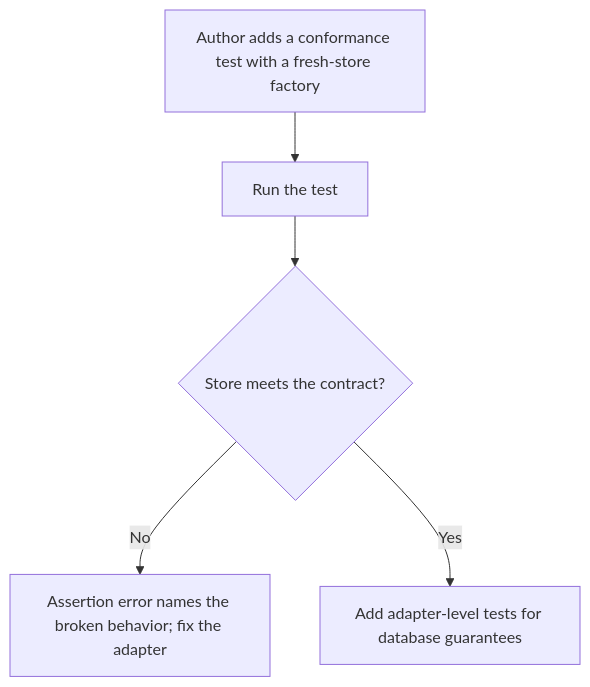
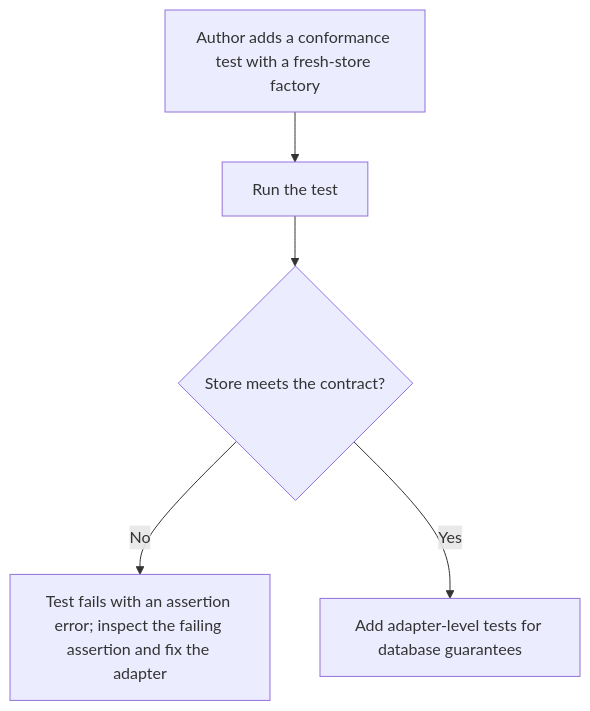
One commit to Kevinjohn/oss-adonisjs-masquerade changed the first of 2 diagrams in user-stories/testing/us-testing-02-verify-control-store.md. Above: the diagram before and after it, drawn with Mermaid. The commit also changed 3 other files, not shown here.

````diff
--- a/user-stories/testing/us-testing-02-verify-control-store.md
+++ b/user-stories/testing/us-testing-02-verify-control-store.md
@@ -21,7 +21,7 @@
 ```mermaid
 flowchart TD
     A["Author adds a conformance test with a fresh-store factory"] --> B["Run the test"]
     B --> C{"Store meets the contract?"}
-    C -->|No| D["Assertion error names the broken behavior; fix the adapter"]
+    C -->|No| D["Test fails with an assertion error; inspect the failing assertion and fix the adapter"]
     C -->|Yes| E["Add adapter-level tests for database guarantees"]
 ```
````
